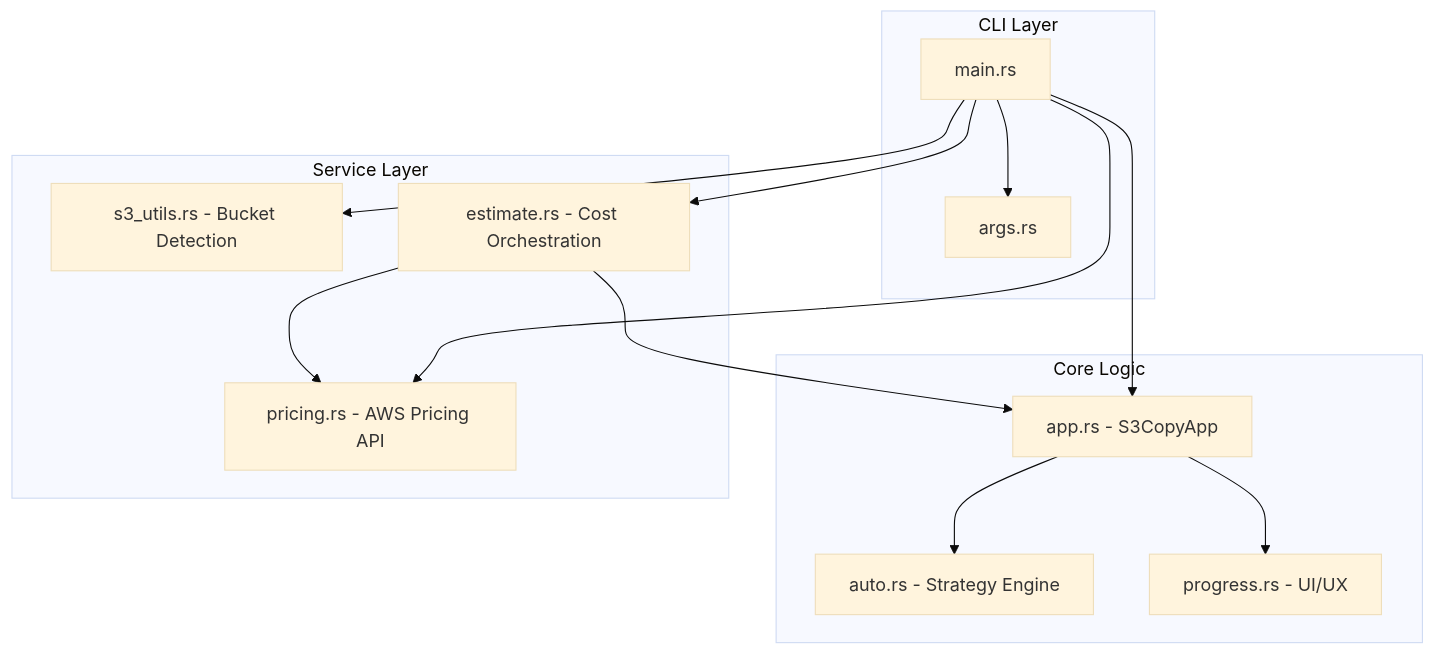
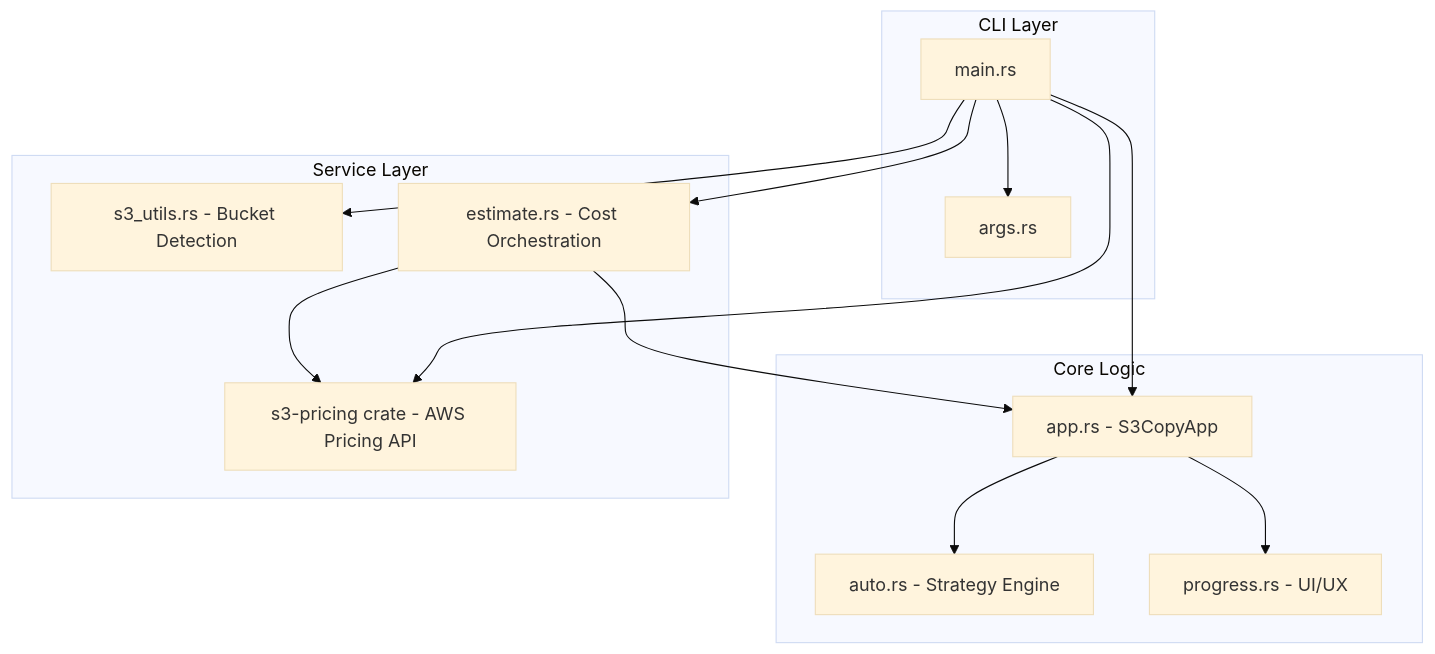
One commit to bartleboeuf/s3_largecopy changed the second of 2 diagrams in docs/ARCHITECTURE.md. Above: the diagram before and after it, drawn with Mermaid (base theme). The commit also changed other lines of this file and 18 other files, not shown here.

Commit message:
Feat: recursive prefix copy + filter\nFeat: replace pricing code by new s3-pricing crate\ndocs: update all documents with new features (#3)

````diff
--- a/docs/ARCHITECTURE.md
+++ b/docs/ARCHITECTURE.md
@@ -68,30 +68,30 @@
 ```mermaid
 graph TD
     subgraph CLI Layer
         Main[main.rs]
         Args[args.rs]
     end
 
     subgraph Core Logic
         App[app.rs - S3CopyApp]
         Auto[auto.rs - Strategy Engine]
         Progress[progress.rs - UI/UX]
     end
 
     subgraph Service Layer
-        Pricing[pricing.rs - AWS Pricing API]
+        Pricing[s3-pricing crate - AWS Pricing API]
         S3Utils[s3_utils.rs - Bucket Detection]
         Estimate[estimate.rs - Cost Orchestration]
     end
 
     Main --> Args
     Main --> App
     Main --> Pricing
     Main --> Estimate
     Main --> S3Utils
     
     App --> Auto
     App --> Progress
     Estimate --> Pricing
     Estimate --> App
 ```
````
